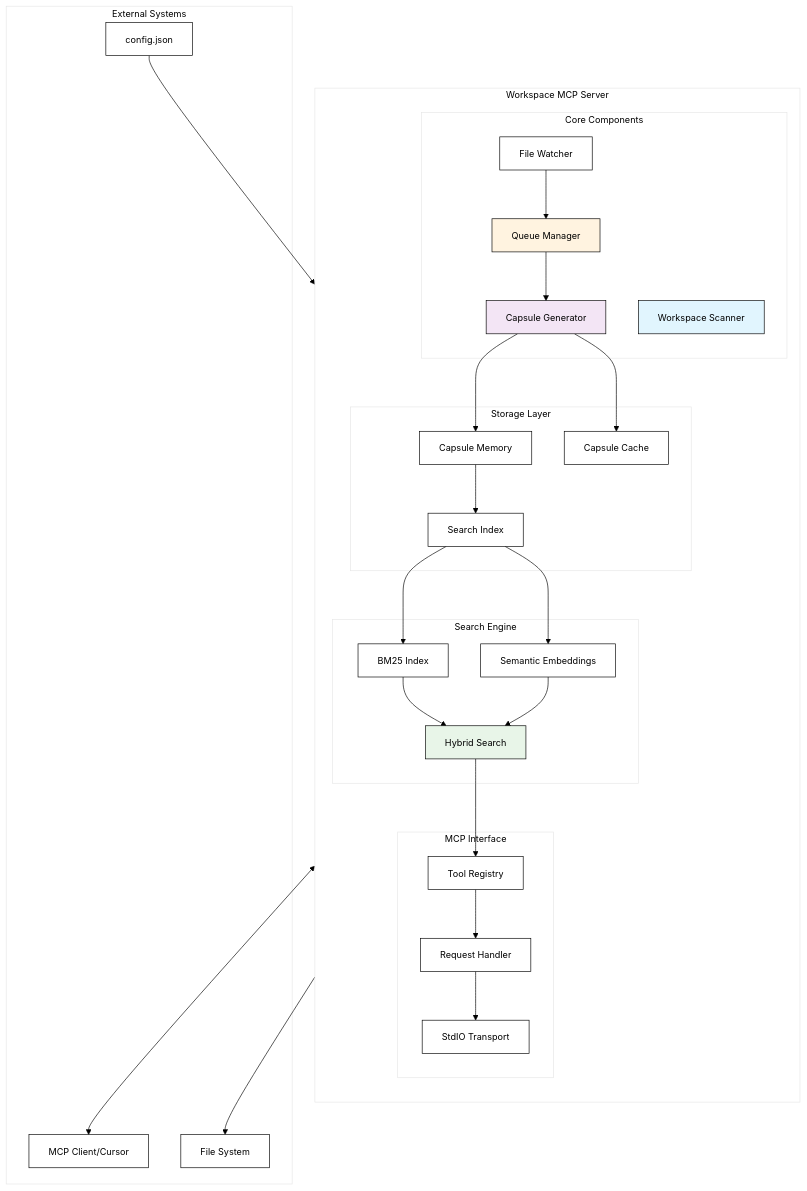
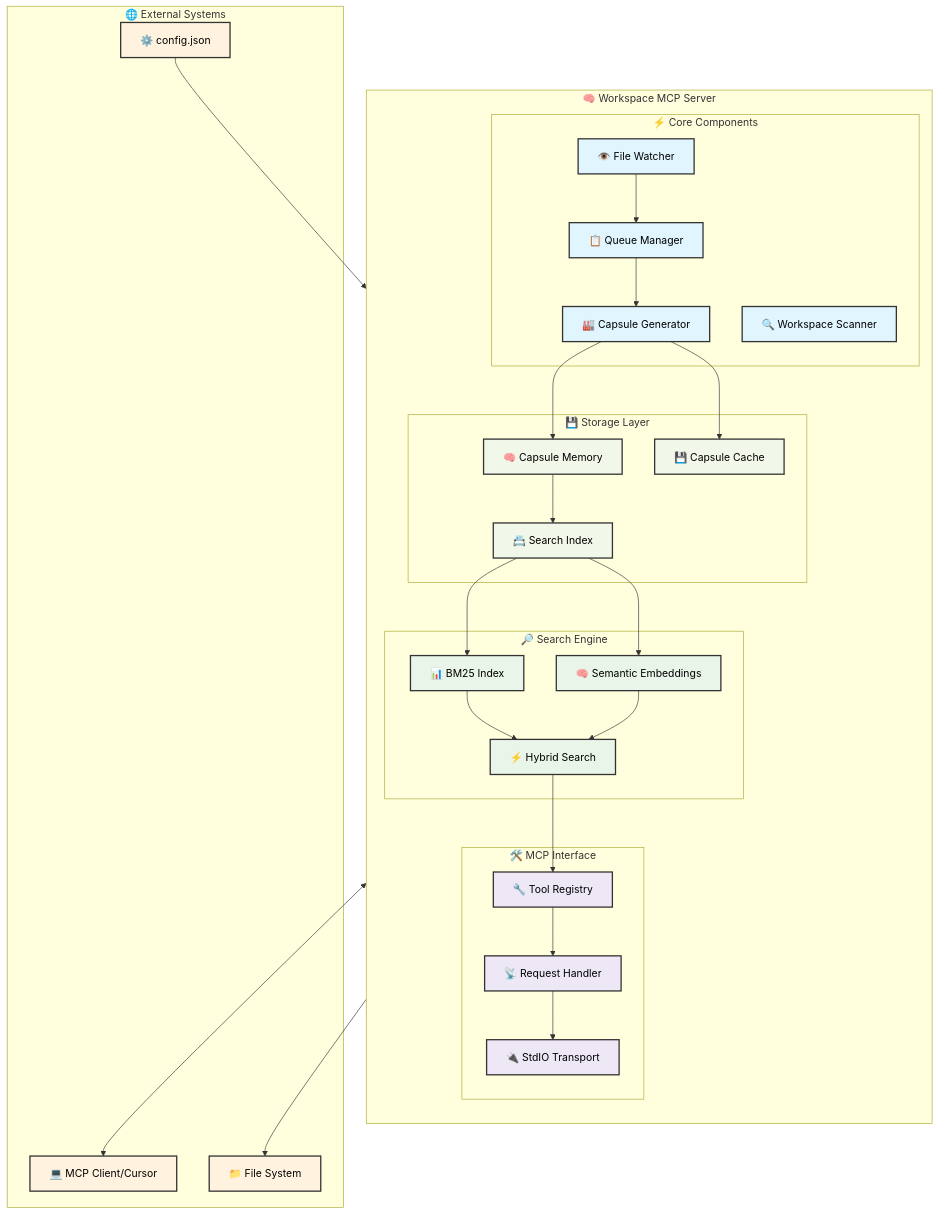
One commit to atifshafi/workspace-mcp changed the second of 5 diagrams in README.md. Above: the diagram before and after it, drawn with Mermaid. The commit also changed other lines of this file and 1 other file, not shown here.

First line of the commit message:
🔧 Fix Mermaid diagrams for GitHub compatibility

````diff
--- a/README.md
+++ b/README.md
@@ -135,59 +139,65 @@
 ```mermaid
-%%{init: {"theme": "base", "themeVariables": {"primaryColor": "#ffffff", "primaryTextColor": "#000000", "primaryBorderColor": "#000000", "lineColor": "#000000", "secondaryColor": "#f0f0f0", "tertiaryColor": "#ffffff", "background": "#ffffff", "mainBkg": "#ffffff", "secondaryTextColor": "#000000", "tertiaryTextColor": "#000000", "fontSize": "14px"}} }%%
 graph TB
-    subgraph "Workspace MCP Server"
+    subgraph Server ["🧠 Workspace MCP Server"]
         direction TB
         
-        subgraph "Core Components"
-            WS[Workspace Scanner]
-            CG[Capsule Generator]
-            QM[Queue Manager]
-            FS[File Watcher]
+        subgraph Core ["⚡ Core Components"]
+            WS["🔍 Workspace Scanner"]
+            CG["🏭 Capsule Generator"]
+            QM["📋 Queue Manager"]
+            FS["👁️ File Watcher"]
         end
         
-        subgraph "Storage Layer"
-            CM[Capsule Memory]
-            CC[Capsule Cache]
-            SI[Search Index]
+        subgraph Storage ["💾 Storage Layer"]
+            CM["🧠 Capsule Memory"]
+            CC["💾 Capsule Cache"]
+            SI["📇 Search Index"]
         end
         
-        subgraph "Search Engine"
-            BM[BM25 Index]
-            SE[Semantic Embeddings]
-            HS[Hybrid Search]
+        subgraph Engine ["🔎 Search Engine"]
+            BM["📊 BM25 Index"]
+            SE["🧠 Semantic Embeddings"]
+            HS["⚡ Hybrid Search"]
         end
         
-        subgraph "MCP Interface"
-            TR[Tool Registry]
-            RH[Request Handler]
-            ST[StdIO Transport]
+        subgraph Interface ["🛠️ MCP Interface"]
+            TR["🔧 Tool Registry"]
+            RH["📡 Request Handler"]
+            ST["🔌 StdIO Transport"]
         end
     end
     
-    subgraph "External Systems"
-        CLIENT[MCP Client/Cursor]
-        WORKSPACE[File System]
-        CONFIG[config.json]
+    subgraph External ["🌐 External Systems"]
+        CLIENT["💻 MCP Client/Cursor"]
+        WORKSPACE["📁 File System"]
+        CONFIG["⚙️ config.json"]
     end
     
     WS --> WORKSPACE
     CG --> CM
     CG --> CC
     QM --> CG
     FS --> QM
     CM --> SI
     SI --> BM
     SI --> SE
     BM --> HS
     SE --> HS
     HS --> TR
     TR --> RH
     RH --> ST
     ST <--> CLIENT
     CONFIG --> WS
     
-    style WS fill:#e1f5fe,color:#000000,stroke:#000000
-    style CG fill:#f3e5f5,color:#000000,stroke:#000000
-    style QM fill:#fff3e0,color:#000000,stroke:#000000
-    style HS fill:#e8f5e8,color:#000000,stroke:#000000
+    classDef core fill:#e1f5fe,stroke:#333,stroke-width:2px,color:#000
+    classDef storage fill:#f1f8e9,stroke:#333,stroke-width:2px,color:#000
+    classDef search fill:#e8f5e8,stroke:#333,stroke-width:2px,color:#000
+    classDef interface fill:#ede7f6,stroke:#333,stroke-width:2px,color:#000
+    classDef external fill:#fff3e0,stroke:#333,stroke-width:2px,color:#000
+
+    class WS,CG,QM,FS core
+    class CM,CC,SI storage
+    class BM,SE,HS search
+    class TR,RH,ST interface
+    class CLIENT,WORKSPACE,CONFIG external
 ```
````
